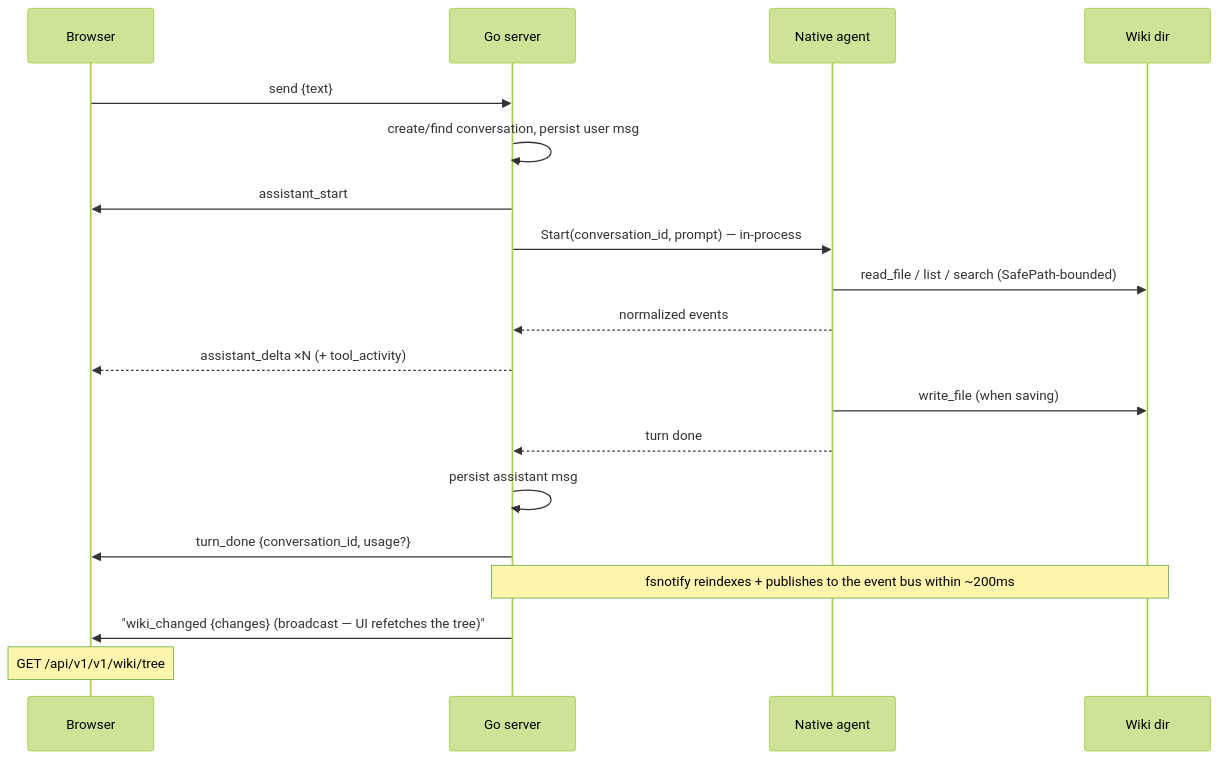
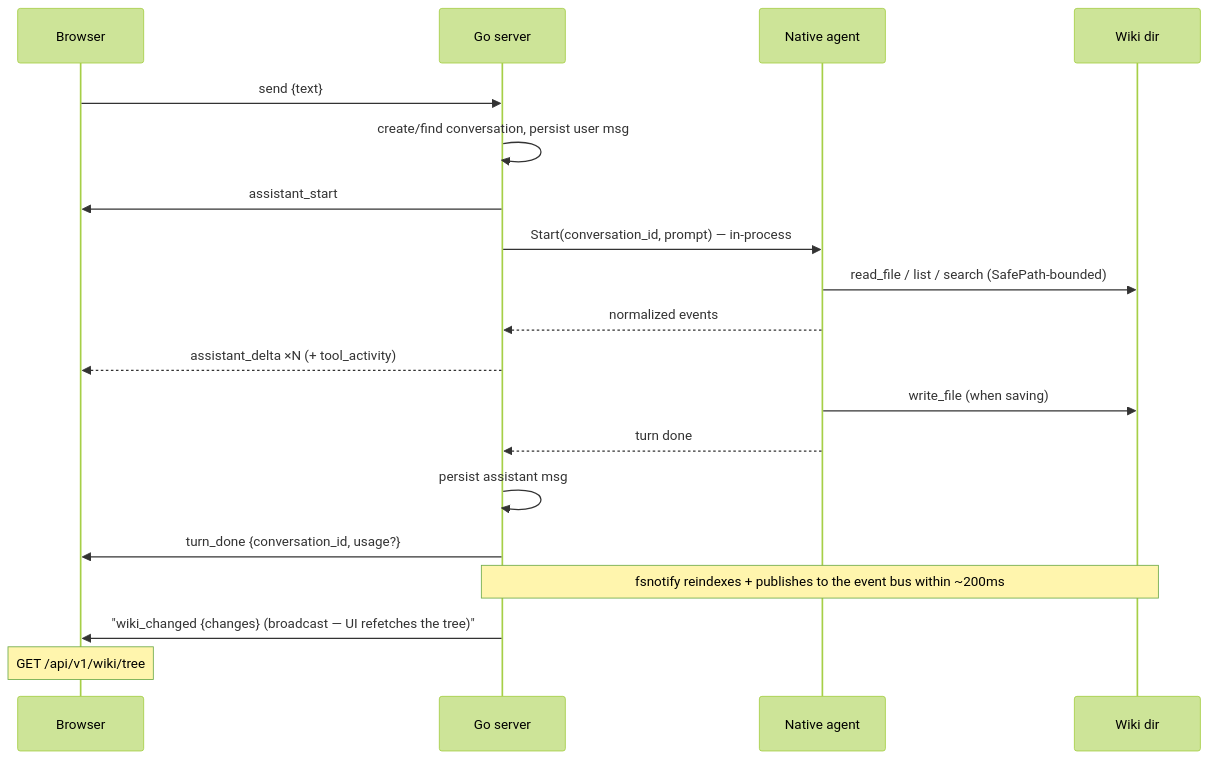
Before and after one commit to shiv-source/thoth: the diagram in docs/api.md, drawn with Mermaid (forest theme). The commit also changed other lines of this file, not shown here.

First line of the commit message:
docs(api): drop the REST endpoint table, defer to the OpenAPI spec

````diff
--- a/docs/api.md
+++ b/docs/api.md
@@ -52,22 +24,22 @@
 ```mermaid
 sequenceDiagram
     participant UI as Browser
     participant Go as Go server
     participant NA as Native agent
     participant W as Wiki dir
 
     UI->>Go: send {text}
     Go->>Go: create/find conversation, persist user msg
     Go->>UI: assistant_start
     Go->>NA: Start(conversation_id, prompt) — in-process
     NA->>W: read_file / list / search (SafePath-bounded)
     NA-->>Go: normalized events
     Go-->>UI: assistant_delta ×N (+ tool_activity)
     NA->>W: write_file (when saving)
     NA-->>Go: turn done
     Go->>Go: persist assistant msg
     Go->>UI: turn_done {conversation_id, usage?}
     Note over W,Go: fsnotify reindexes + publishes to the event bus within ~200ms
     Go->>UI: "wiki_changed {changes} (broadcast — UI refetches the tree)"
-    Note over UI: GET /api/v1/v1/wiki/tree
+    Note over UI: GET /api/v1/wiki/tree
 ```
````
